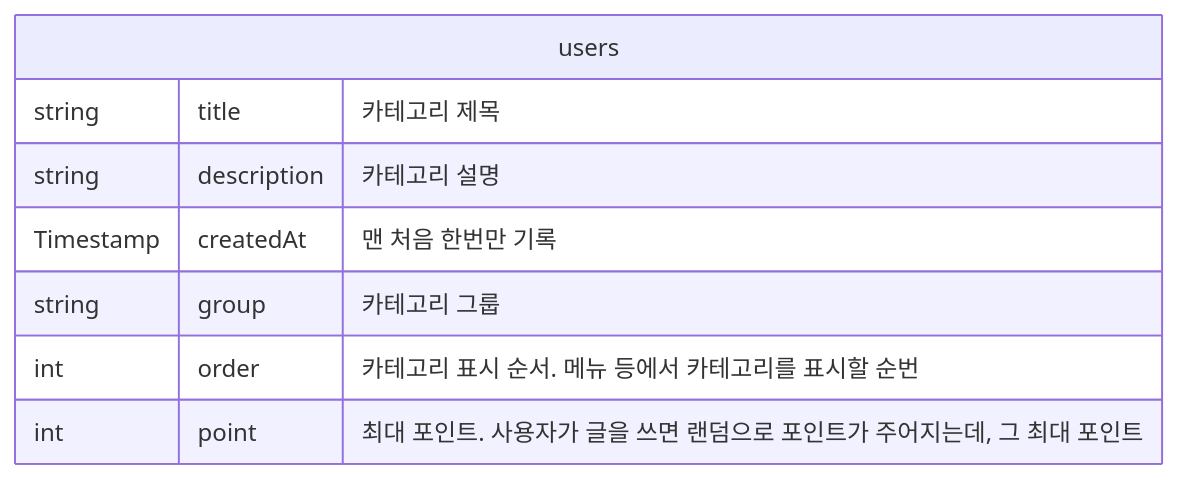
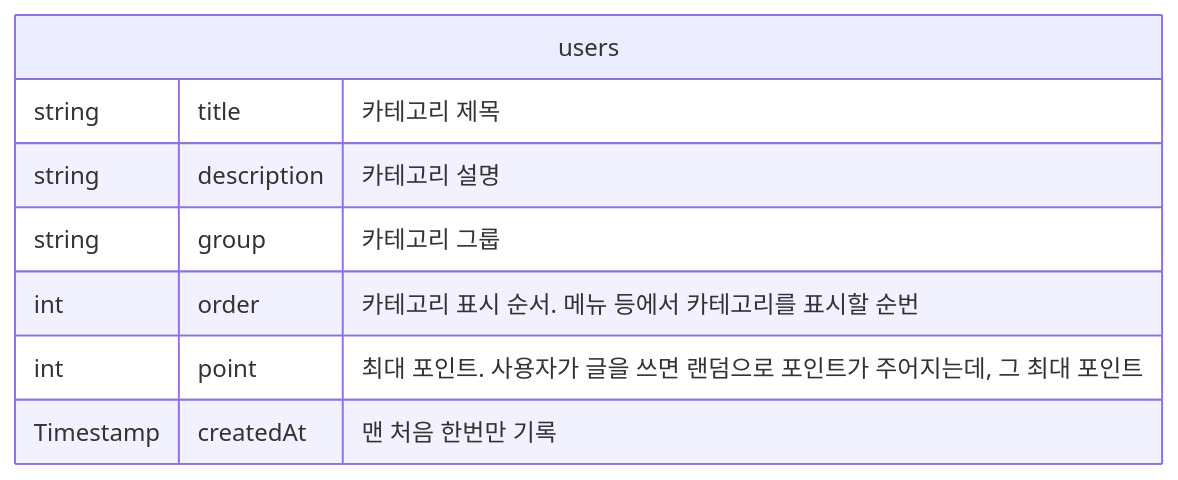
One commit to thruthesky/fireflutter changed the third of 5 diagrams in README.md. Above: the diagram before and after it, drawn with Mermaid. The commit also changed other lines of this file and 2 other files, not shown here.

````diff
--- a/README.md
+++ b/README.md
@@ -597,11 +597,11 @@
 ```mermaid
 erDiagram
   users {
       string title "카테고리 제목"
       string description "카테고리 설명"
-      Timestamp createdAt "맨 처음 한번만 기록"
       string group "카테고리 그룹"
       int order "카테고리 표시 순서. 메뉴 등에서 카테고리를 표시할 순번"
       int point "최대 포인트. 사용자가 글을 쓰면 랜덤으로 포인트가 주어지는데, 그 최대 포인트"
+      Timestamp createdAt "맨 처음 한번만 기록"
   }
 ```
````
